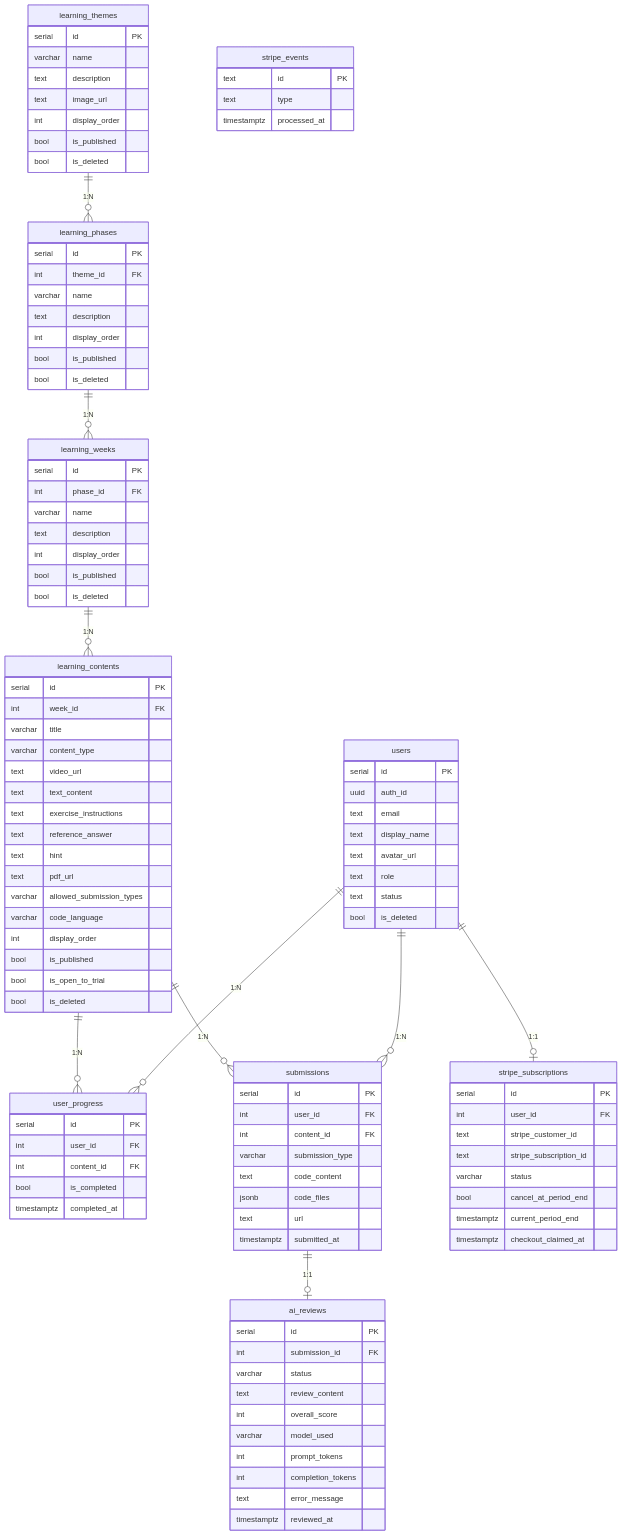
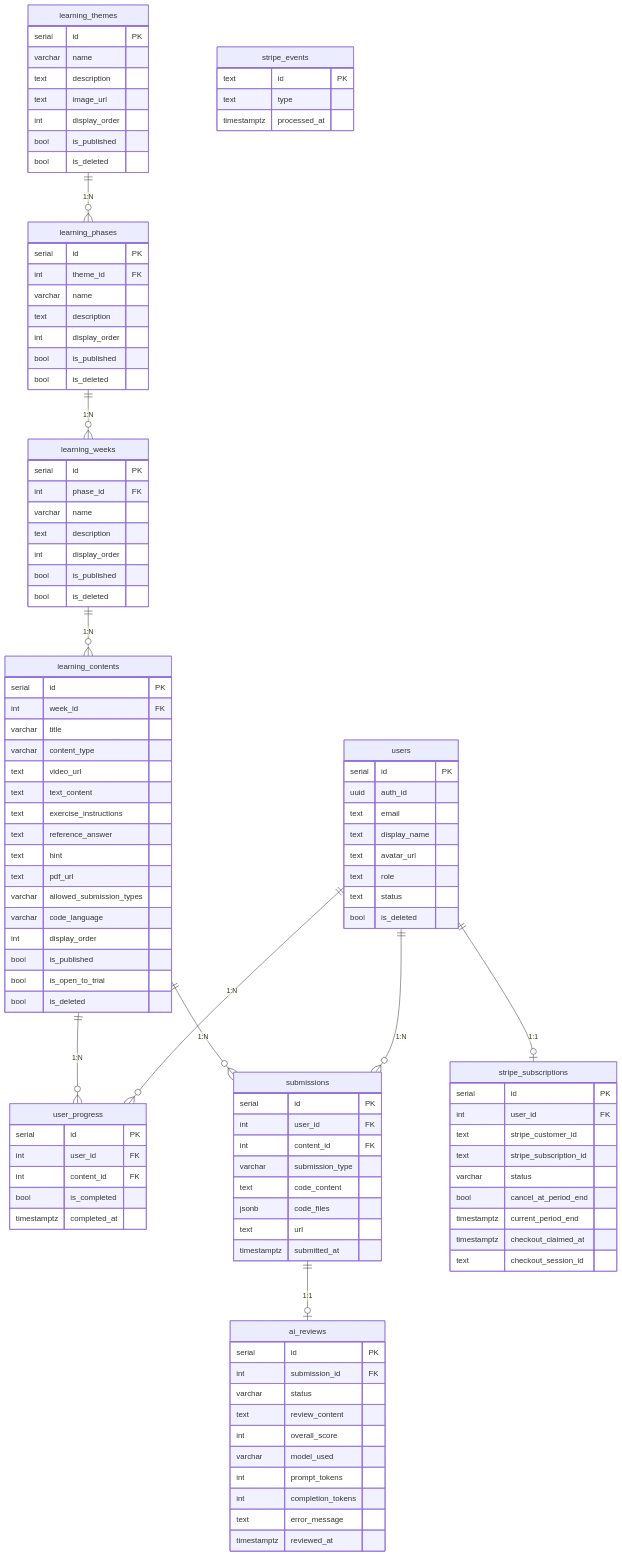
One commit to Singuralitylabs/sinlab-study changed the diagram in docs/database.md. Above: the diagram before and after it, drawn with Mermaid. The commit also changed other lines of this file and 10 other files, not shown here.

```diff
--- a/docs/database.md
+++ b/docs/database.md
@@ -128,6 +128,7 @@
         bool cancel_at_period_end
         timestamptz current_period_end
         timestamptz checkout_claimed_at
+        text checkout_session_id
     }
     stripe_events {
         text id PK
```
